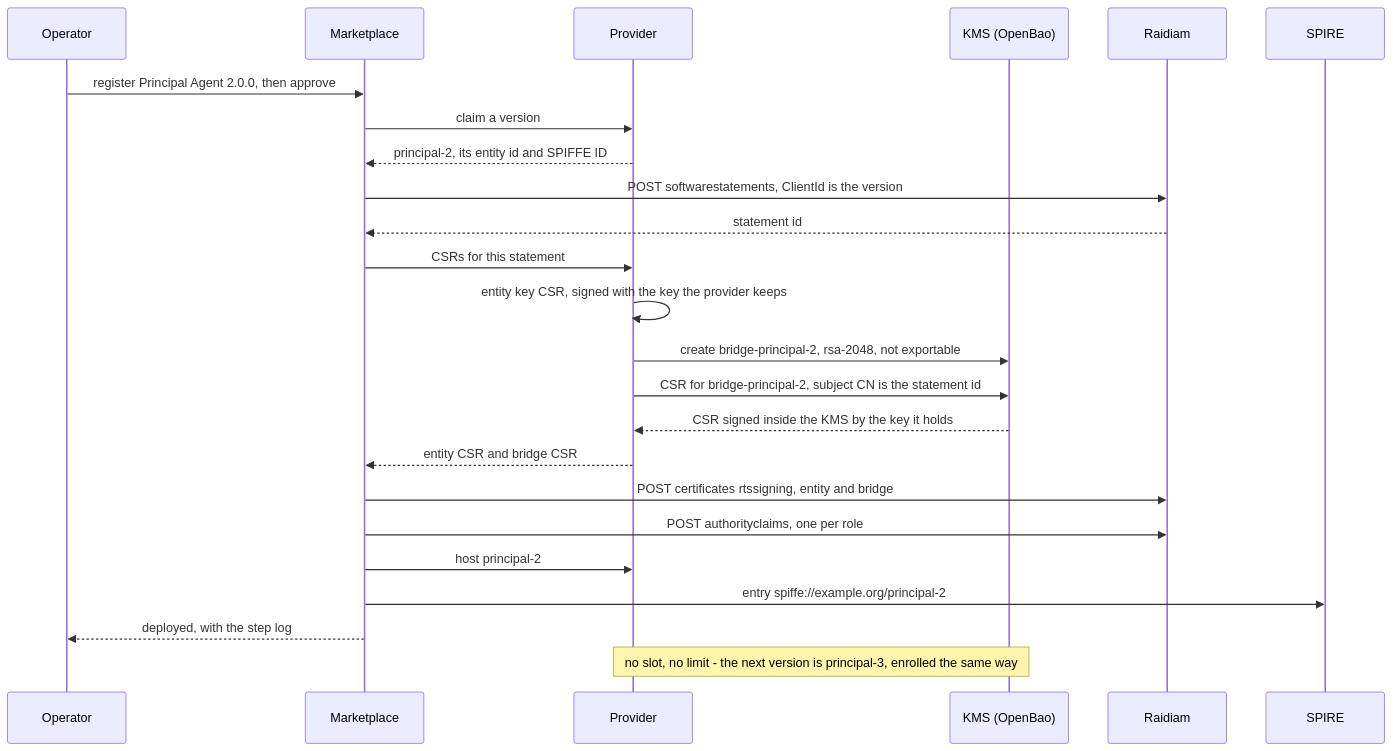
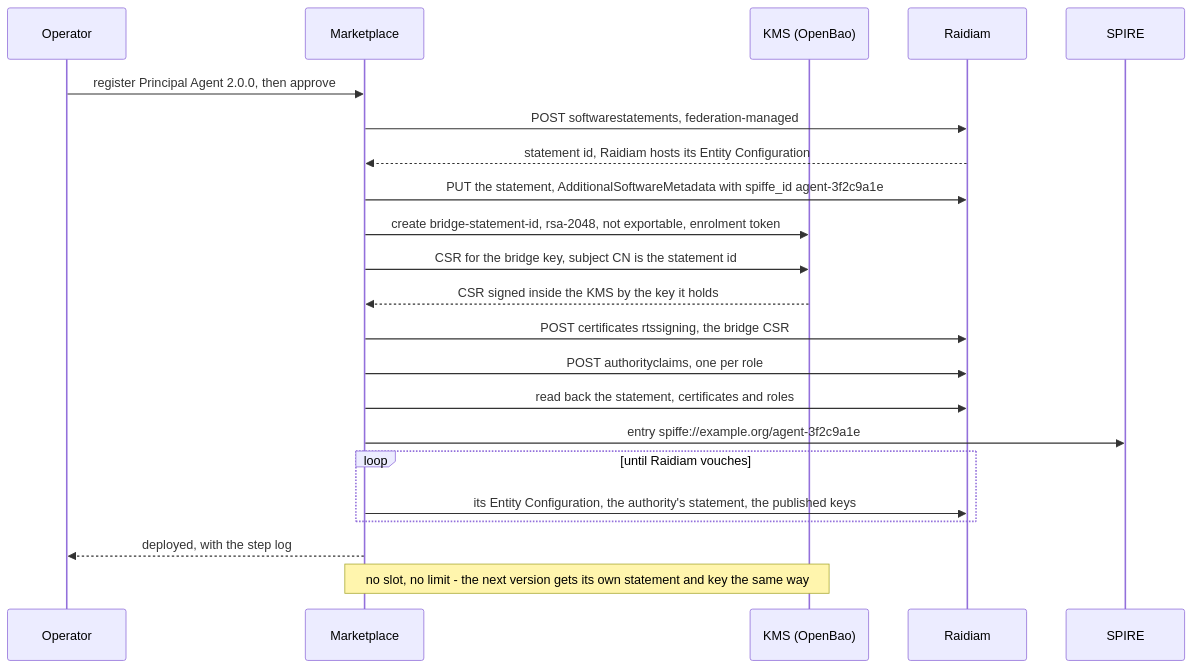
One commit to MC-IDPartners/pf-agentic-identity changed the first of 21 diagrams in demo/flows.md. Above: the diagram before and after it, drawn with Mermaid. The commit also changed other lines of this file and 8 other files, not shown here.

First line of the commit message:
docs: the rig without an agent provider

````diff
--- a/demo/flows.md
+++ b/demo/flows.md
@@ -47,26 +49,24 @@
 ```mermaid
 sequenceDiagram
     participant Op as Operator
     participant MP as Marketplace
-    participant PR as Provider
     participant KMS as KMS (OpenBao)
     participant RD as Raidiam
     participant SP as SPIRE
     Op->>MP: register Principal Agent 2.0.0, then approve
-    MP->>PR: claim a version
-    PR-->>MP: principal-2, its entity id and SPIFFE ID
-    MP->>RD: POST softwarestatements, ClientId is the version
-    RD-->>MP: statement id
-    MP->>PR: CSRs for this statement
-    PR->>PR: entity key CSR, signed with the key the provider keeps
-    PR->>KMS: create bridge-principal-2, rsa-2048, not exportable
-    PR->>KMS: CSR for bridge-principal-2, subject CN is the statement id
-    KMS-->>PR: CSR signed inside the KMS by the key it holds
-    PR-->>MP: entity CSR and bridge CSR
-    MP->>RD: POST certificates rtssigning, entity and bridge
+    MP->>RD: POST softwarestatements, federation-managed
+    RD-->>MP: statement id, Raidiam hosts its Entity Configuration
+    MP->>RD: PUT the statement, AdditionalSoftwareMetadata with spiffe_id agent-3f2c9a1e
+    MP->>KMS: create bridge-statement-id, rsa-2048, not exportable, enrolment token
+    MP->>KMS: CSR for the bridge key, subject CN is the statement id
+    KMS-->>MP: CSR signed inside the KMS by the key it holds
+    MP->>RD: POST certificates rtssigning, the bridge CSR
     MP->>RD: POST authorityclaims, one per role
-    MP->>PR: host principal-2
-    MP->>SP: entry spiffe://example.org/principal-2
+    MP->>RD: read back the statement, certificates and roles
+    MP->>SP: entry spiffe://example.org/agent-3f2c9a1e
+    loop until Raidiam vouches
+        MP->>RD: its Entity Configuration, the authority's statement, the published keys
+    end
     MP-->>Op: deployed, with the step log
-    Note over PR,KMS: no slot, no limit - the next version is principal-3, enrolled the same way
+    Note over MP,KMS: no slot, no limit - the next version gets its own statement and key the same way
 ```
````
